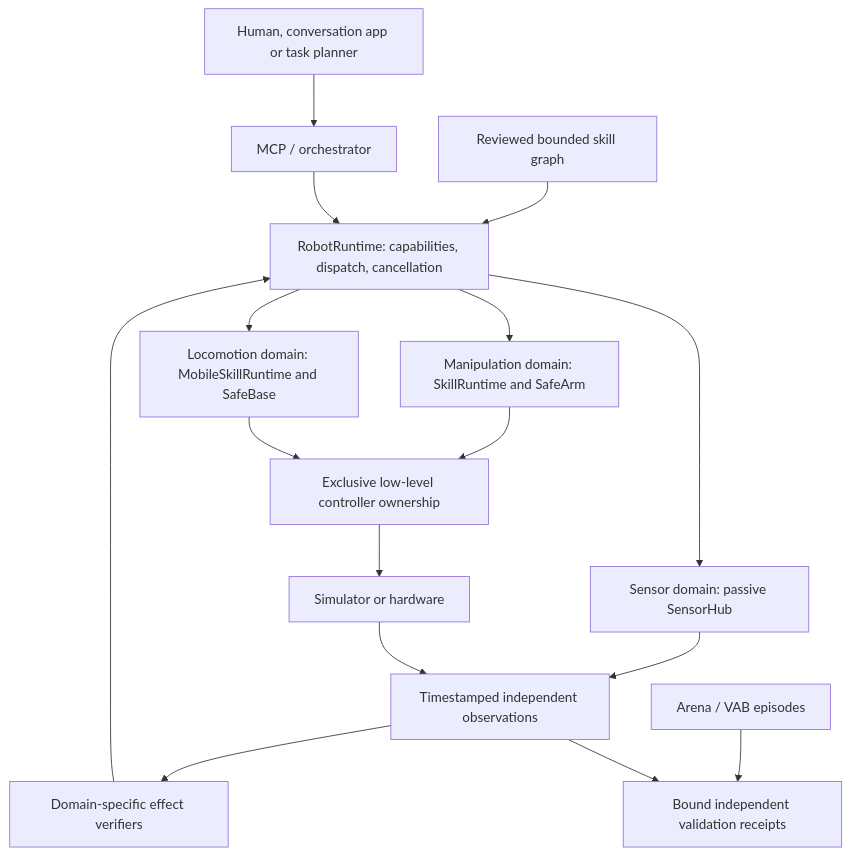
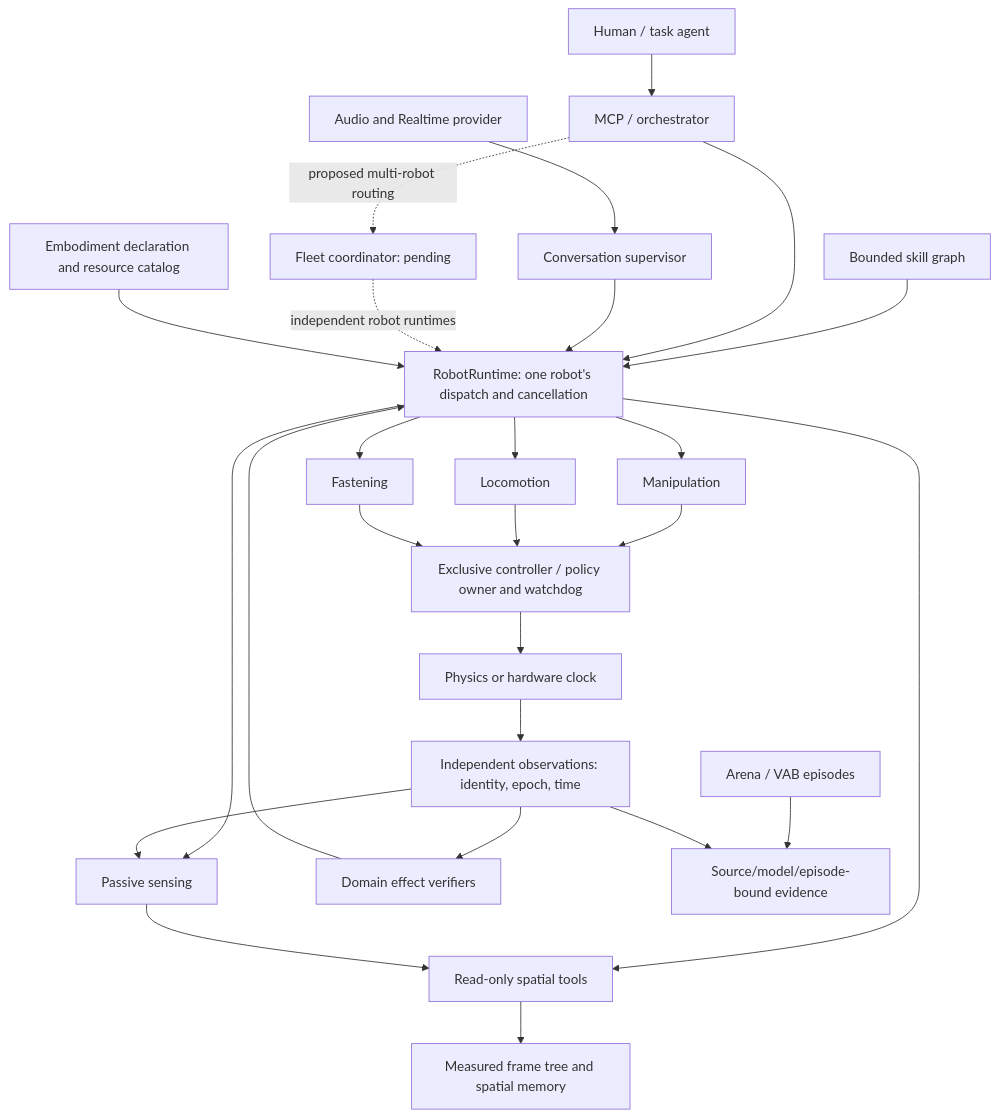
The diagram in docs/ROBOT_MODULARITY.md (johnnynunez/cascade), drawn with Mermaid before and after one commit. The commit also changed other lines of this file and 11 other files, not shown here.

Commit message:
docs: align robot architecture and capability status with implementation

````diff
--- a/docs/ROBOT_MODULARITY.md
+++ b/docs/ROBOT_MODULARITY.md
@@ -24,18 +23,28 @@
 ```mermaid
 flowchart TD
-  Intent[Human, conversation app or task planner] --> MCP[MCP / orchestrator]
-  Graph[Reviewed bounded skill graph] --> Runtime
-  MCP --> Runtime[RobotRuntime: capabilities, dispatch, cancellation]
-  Runtime --> Arm[Manipulation domain: SkillRuntime and SafeArm]
-  Runtime --> Base[Locomotion domain: MobileSkillRuntime and SafeBase]
-  Runtime --> Sensors[Sensor domain: passive SensorHub]
-  Arm --> Control[Exclusive low-level controller ownership]
+  Intent[Human / task agent] --> MCP[MCP / orchestrator]
+  Voice[Audio and Realtime provider] --> Conversation[Conversation supervisor]
+  Graph[Bounded skill graph] --> Runtime
+  MCP --> Runtime[RobotRuntime: one robot's dispatch and cancellation]
+  Conversation --> Runtime
+  MCP -. proposed multi-robot routing .-> Fleet[Fleet coordinator: pending]
+  Fleet -. independent robot runtimes .-> Runtime
+  Structure[Embodiment declaration and resource catalog] --> Runtime
+  Runtime --> Arm[Manipulation]
+  Runtime --> Base[Locomotion]
+  Runtime --> Fastening[Fastening]
+  Runtime --> Sensors[Passive sensing]
+  Runtime --> Spatial[Read-only spatial tools]
+  Arm --> Control[Exclusive controller / policy owner and watchdog]
   Base --> Control
-  Sensors --> Evidence[Timestamped independent observations]
-  Control --> Physics[Simulator or hardware]
-  Physics --> Evidence
-  Evidence --> Verify[Domain-specific effect verifiers]
+  Fastening --> Control
+  Control --> Physics[Physics or hardware clock]
+  Physics --> Evidence[Independent observations: identity, epoch, time]
+  Evidence --> Sensors
+  Sensors --> Spatial
+  Spatial --> Frames[Measured frame tree and spatial memory]
+  Evidence --> Verify[Domain effect verifiers]
   Verify --> Runtime
-  Arena[Arena / VAB episodes] --> Gate[Bound independent validation receipts]
+  Arena[Arena / VAB episodes] --> Gate[Source/model/episode-bound evidence]
   Evidence --> Gate
 ```
````
